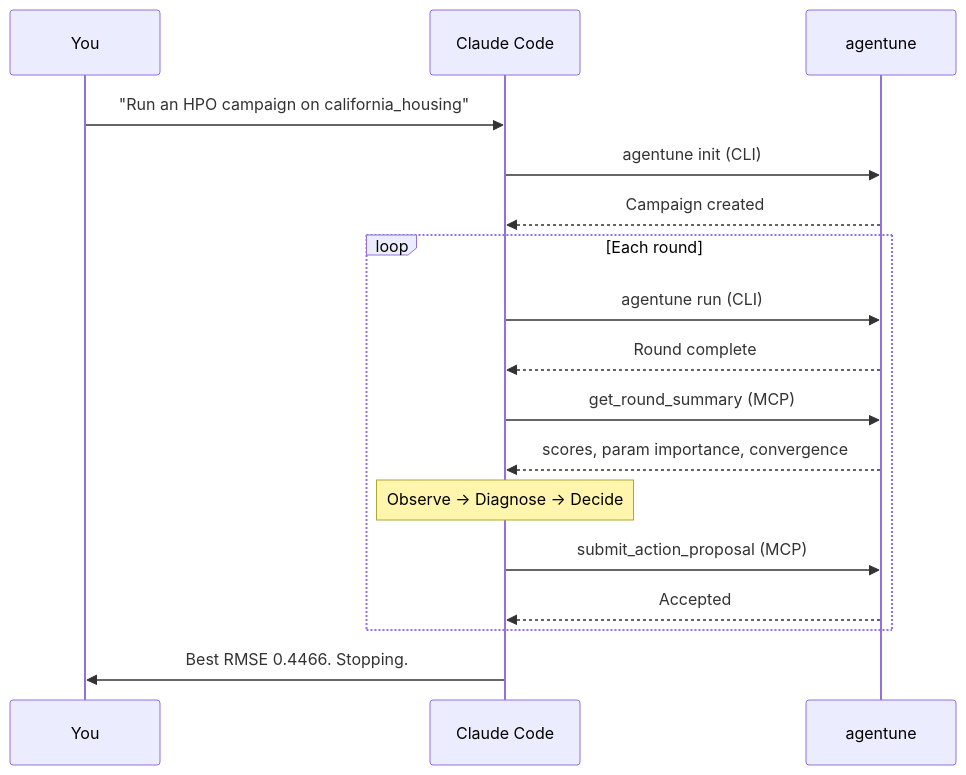
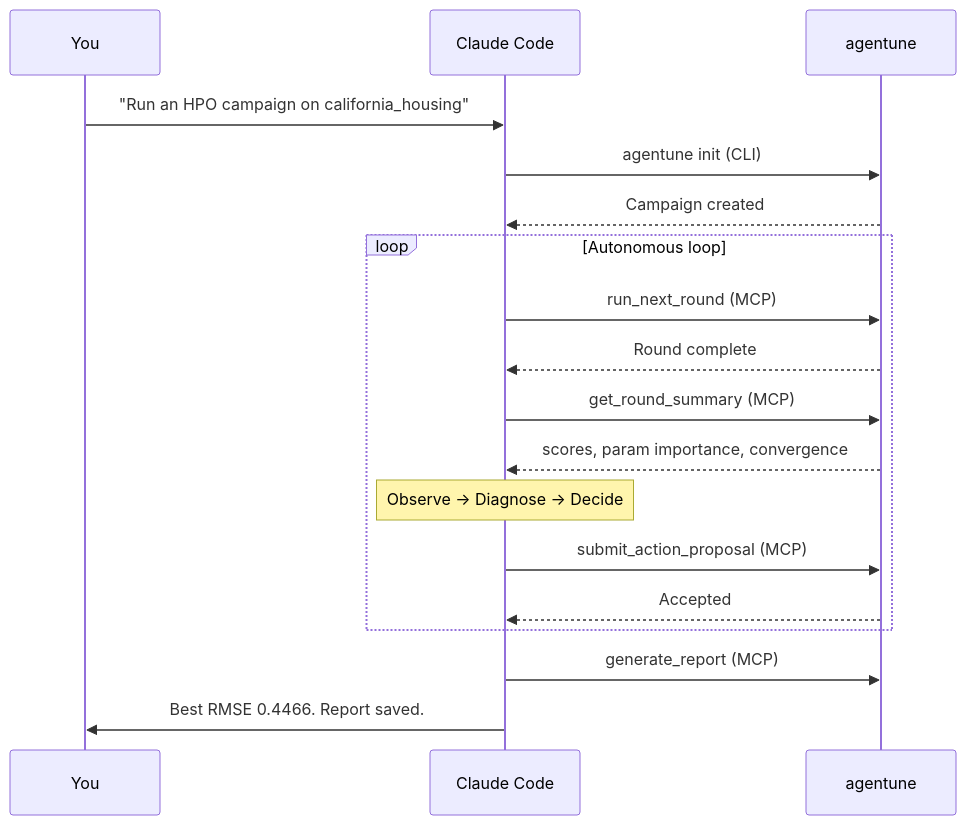
The diagram in README.md (ccomkhj/agentune), drawn with Mermaid before and after one commit. The commit also changed other lines of this file and 15 other files, not shown here.

````diff
--- a/README.md
+++ b/README.md
@@ -20,26 +20,27 @@
 ```mermaid
 sequenceDiagram
     participant You
     participant Claude as Claude Code
     participant HPO as agentune
 
     You->>Claude: "Run an HPO campaign on california_housing"
 
     Claude->>HPO: agentune init (CLI)
     HPO-->>Claude: Campaign created
 
-    loop Each round
-        Claude->>HPO: agentune run (CLI)
+    loop Autonomous loop
+        Claude->>HPO: run_next_round (MCP)
         HPO-->>Claude: Round complete
 
         Claude->>HPO: get_round_summary (MCP)
         HPO-->>Claude: scores, param importance, convergence
 
         Note over Claude: Observe → Diagnose → Decide
 
         Claude->>HPO: submit_action_proposal (MCP)
         HPO-->>Claude: Accepted
     end
 
-    Claude->>You: Best RMSE 0.4466. Stopping.
+    Claude->>HPO: generate_report (MCP)
+    Claude->>You: Best RMSE 0.4466. Report saved.
 ```
````
